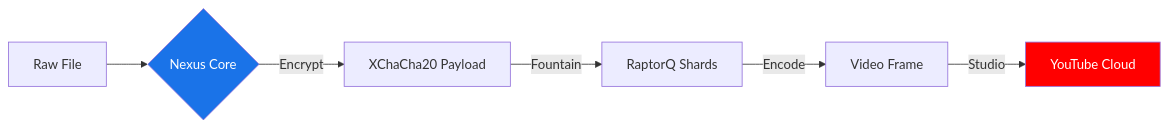
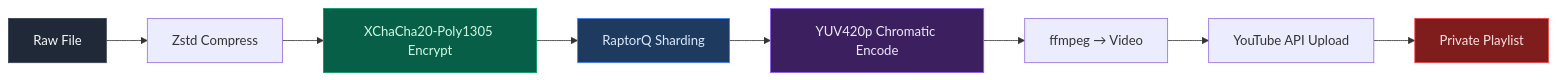
The first of 3 diagrams in README.md (KOUSSEMON-Aurel/Nexus-Storage), drawn with Mermaid before and after one commit. The commit also changed other lines of this file, not shown here.

Commit message:
docs: overhaul README with professional branding and technical diagrams

````diff
--- a/README.md
+++ b/README.md
@@ -41,10 +85,16 @@
 ```mermaid
 graph LR
-    A[Raw File] --> B{Nexus Core}
-    B -->|Encrypt| C[XChaCha20 Payload]
-    C -->|Fountain| D[RaptorQ Shards]
-    D -->|Encode| E[Video Frame]
-    E -->|Studio| F[YouTube Cloud]
-    style B fill:#1A73E8,color:#fff
-    style F fill:#FF0000,color:#fff
+    A[Raw File] --> B[Zstd Compress]
+    B --> C[XChaCha20-Poly1305 Encrypt]
+    C --> D[RaptorQ Sharding]
+    D --> E[YUV420p Chromatic Encode]
+    E --> F[ffmpeg → Video]
+    F --> G[YouTube API Upload]
+    G --> H[Private Playlist]
+
+    style A fill:#1F2937,color:#F9FAFB,stroke:#374151
+    style C fill:#065F46,color:#D1FAE5,stroke:#059669
+    style D fill:#1E3A5F,color:#DBEAFE,stroke:#3B82F6
+    style E fill:#3B1F5E,color:#EDE9FE,stroke:#8B5CF6
+    style H fill:#7F1D1D,color:#FEE2E2,stroke:#EF4444
 ```
````
